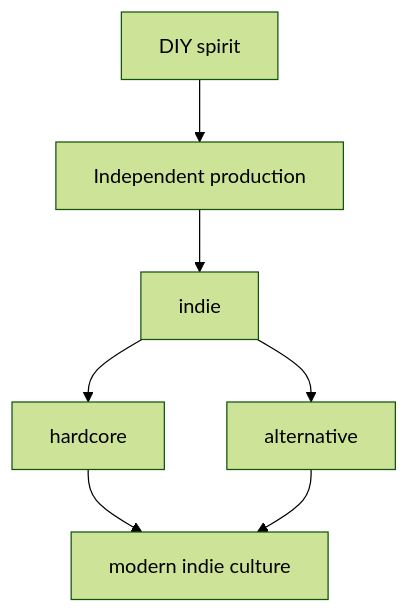
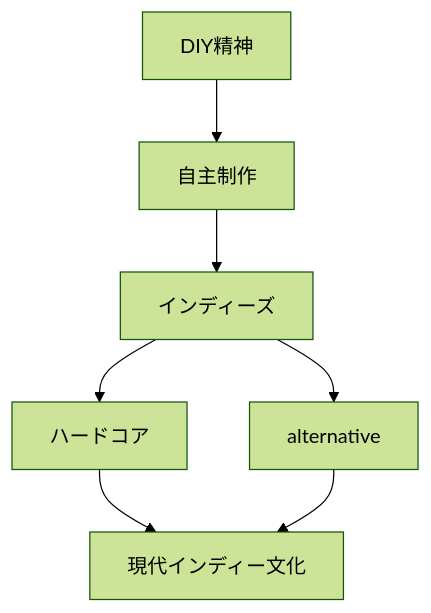
Diagram 12 of 20 in en/_posts/2026-07-02-column-influential-album-05.md (monumental-movement/monumental-movement.github.io), drawn with Mermaid (forest theme) before and after one commit. The commit also changed other lines of this file and 2196 other files, not shown here.

```diff
--- a/en/_posts/2026-07-02-column-influential-album-05.md
+++ b/en/_posts/2026-07-02-column-influential-album-05.md
@@ -1230,17 +1230,17 @@
 <div class="mermaid">
 flowchart TD
-A[DIY spirit]
-B[Independent production]
-C[indie]
-D[hardcore]
+A[DIY精神]
+B[自主制作]
+C[インディーズ]
+D[ハードコア]
 E[alternative]
-F[modern indie culture]
+F[現代インディー文化]
 
 A --> B
 B --> C
 C --> D
 C --> E
 D --> F
 E --> F
 
 </div>
```
